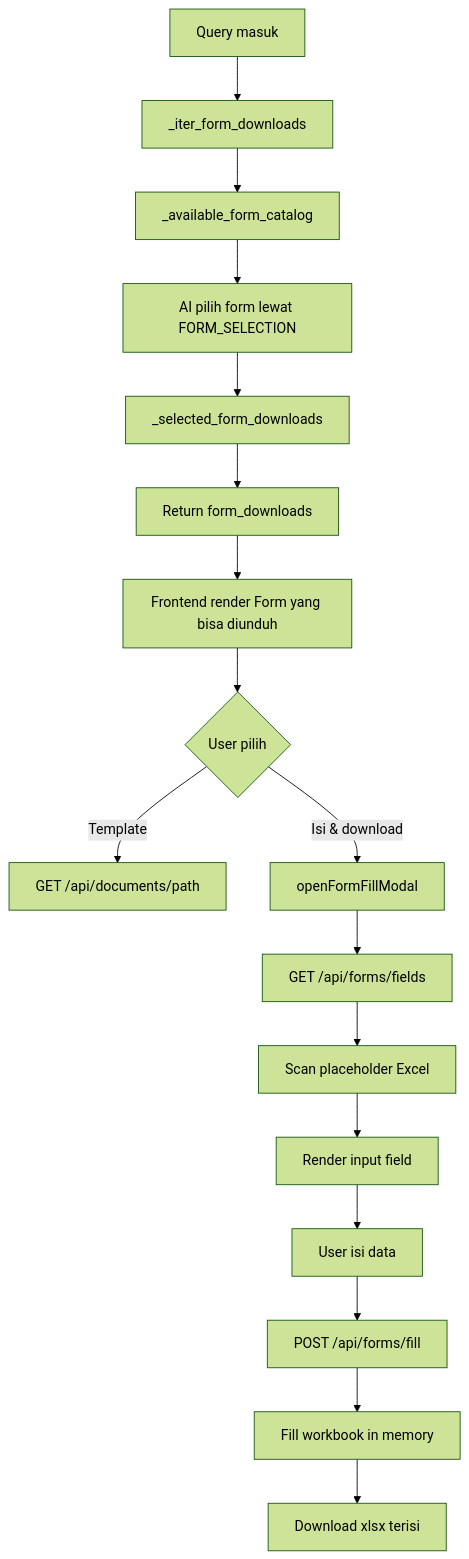
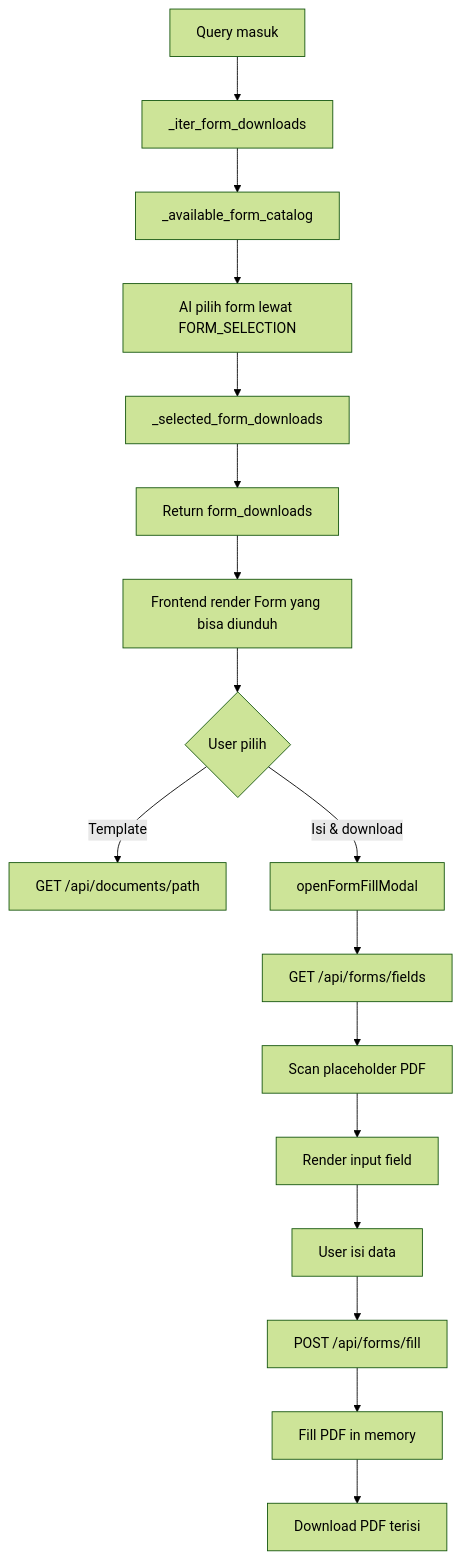
The sixth of 6 diagrams in Capstone/docs/SYSTEM_FLOWS.md (Akram17t/Internship), drawn with Mermaid (forest theme) before and after one commit. The commit also changed other lines of this file and 14 other files, not shown here.

````diff
--- a/Capstone/docs/SYSTEM_FLOWS.md
+++ b/Capstone/docs/SYSTEM_FLOWS.md
@@ -168,19 +283,19 @@
 ```mermaid
 flowchart TD
   A[Query masuk] --> B[_iter_form_downloads]
   B --> C[_available_form_catalog]
   C --> D[AI pilih form lewat FORM_SELECTION]
   D --> E[_selected_form_downloads]
   E --> F[Return form_downloads]
   F --> G[Frontend render Form yang bisa diunduh]
   G --> H{User pilih}
   H -->|Template| I[GET /api/documents/path]
   H -->|Isi & download| J[openFormFillModal]
   J --> K[GET /api/forms/fields]
-  K --> L[Scan placeholder Excel]
+  K --> L[Scan placeholder PDF]
   L --> M[Render input field]
   M --> N[User isi data]
   N --> O[POST /api/forms/fill]
-  O --> P[Fill workbook in memory]
-  P --> Q[Download xlsx terisi]
+  O --> P[Fill PDF in memory]
+  P --> Q[Download PDF terisi]
 ```
````
